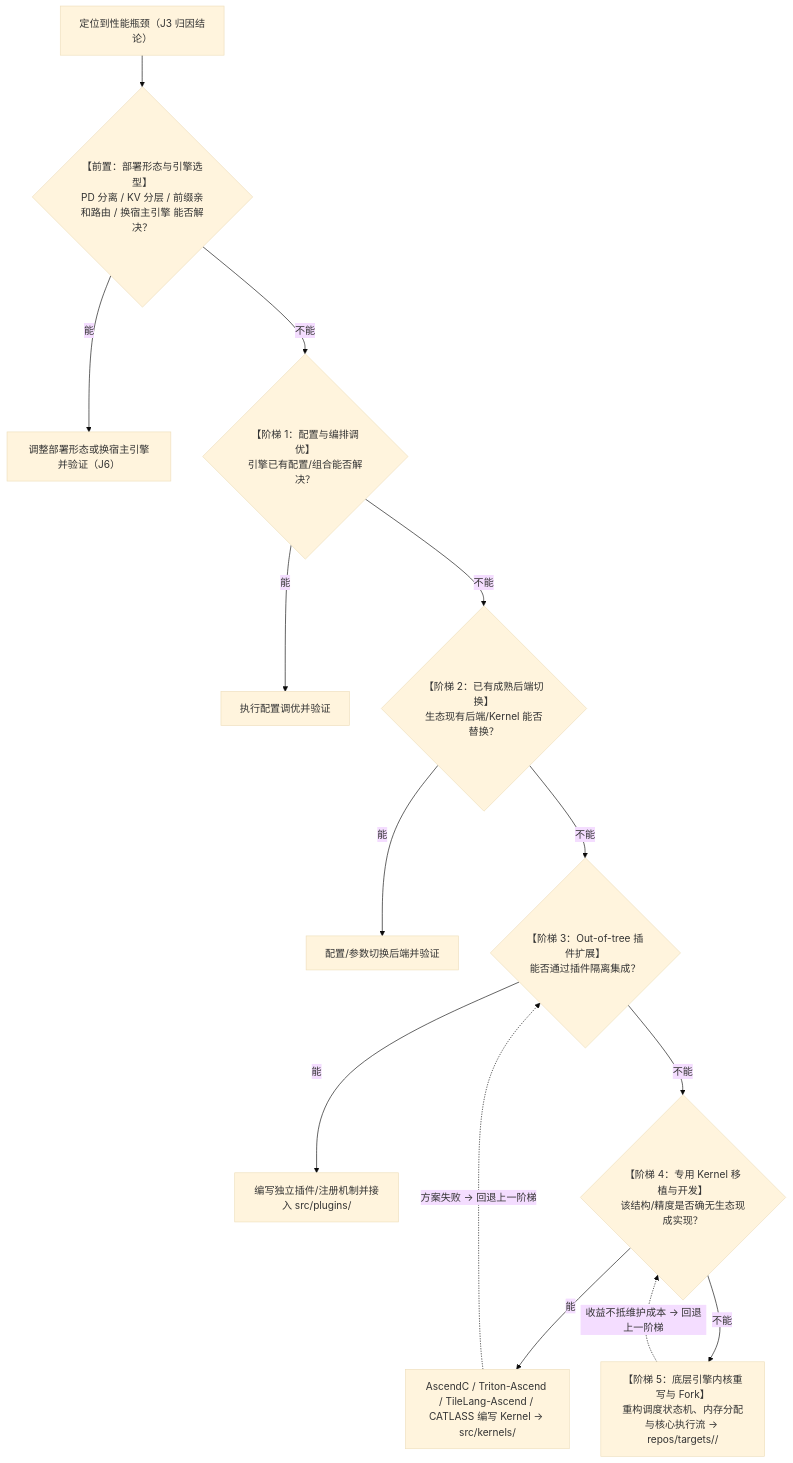
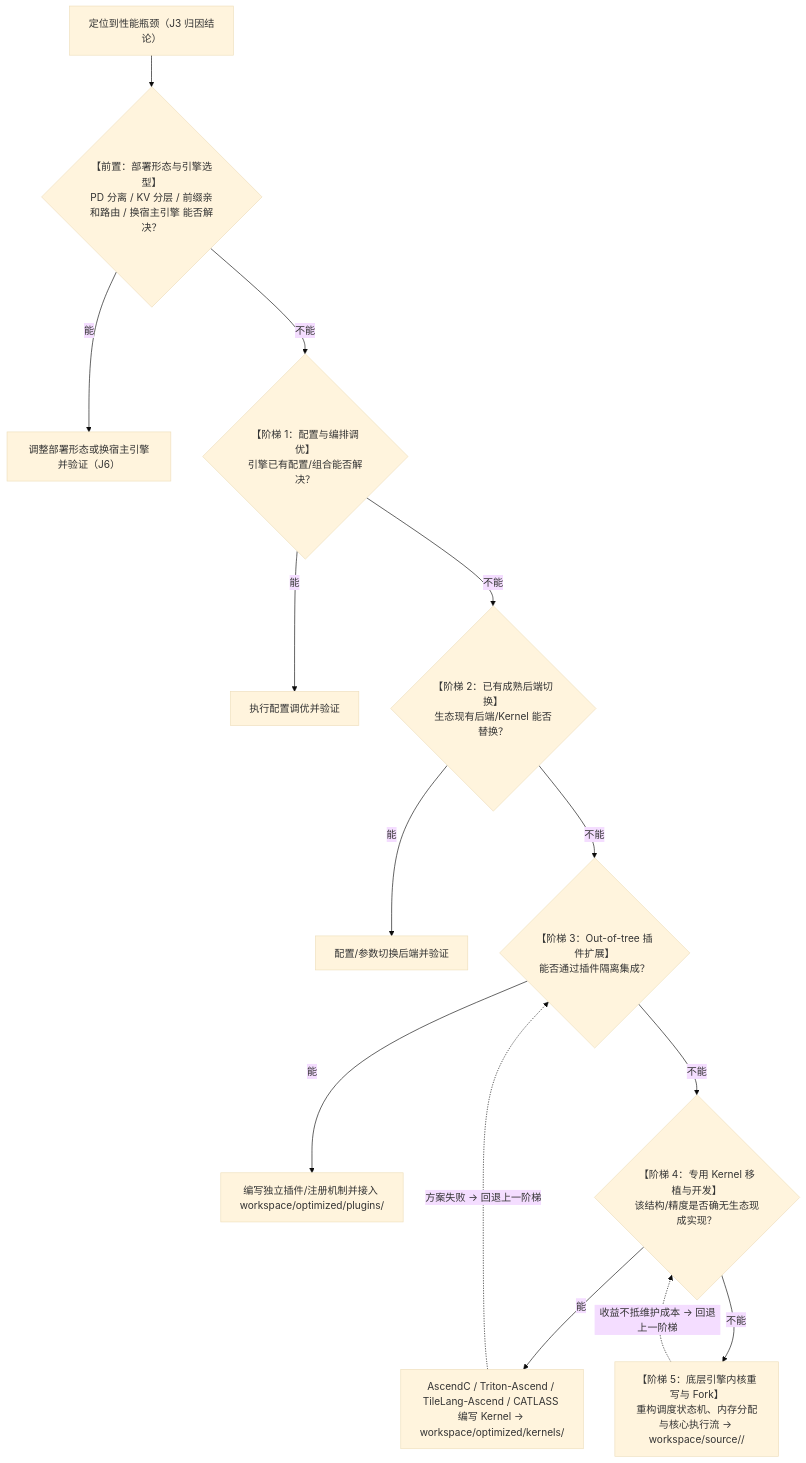
Before and after one commit to SummerTea/ascend-infer-pilot: the second of 2 diagrams in docs/01-pipeline-and-ledger.md, drawn with Mermaid (base theme). The commit also changed other lines of this file and 20 other files, not shown here.

````diff
--- a/docs/01-pipeline-and-ledger.md
+++ b/docs/01-pipeline-and-ledger.md
@@ -182,16 +182,16 @@
 ```mermaid
 flowchart TD
     Start["定位到性能瓶颈（J3 归因结论）"] --> Pre{"【前置：部署形态与引擎选型】<br/>PD 分离 / KV 分层 / 前缀亲和路由 / 换宿主引擎 能否解决？"}
     Pre --"能"--> Done0["调整部署形态或换宿主引擎并验证（J6）"]
     Pre --"不能"--> Step1{"【阶梯 1：配置与编排调优】<br/>引擎已有配置/组合能否解决？"}
     Step1 --"能"--> Done1["执行配置调优并验证"]
     Step1 --"不能"--> Step2{"【阶梯 2：已有成熟后端切换】<br/>生态现有后端/Kernel 能否替换？"}
     Step2 --"能"--> Done2["配置/参数切换后端并验证"]
     Step2 --"不能"--> Step3{"【阶梯 3：Out-of-tree 插件扩展】<br/>能否通过插件隔离集成？"}
-    Step3 --"能"--> Done3["编写独立插件/注册机制并接入 src/plugins/"]
+    Step3 --"能"--> Done3["编写独立插件/注册机制并接入 workspace/optimized/plugins/"]
     Step3 --"不能"--> Step4{"【阶梯 4：专用 Kernel 移植与开发】<br/>该结构/精度是否确无生态现成实现？"}
-    Step4 --"能"--> Done4["AscendC / Triton-Ascend / TileLang-Ascend / CATLASS 编写 Kernel → src/kernels/"]
-    Step4 --"不能"--> Step5["【阶梯 5：底层引擎内核重写与 Fork】<br/>重构调度状态机、内存分配与核心执行流 → repos/targets/<engine>/"]
+    Step4 --"能"--> Done4["AscendC / Triton-Ascend / TileLang-Ascend / CATLASS 编写 Kernel → workspace/optimized/kernels/"]
+    Step4 --"不能"--> Step5["【阶梯 5：底层引擎内核重写与 Fork】<br/>重构调度状态机、内存分配与核心执行流 → workspace/source/<engine>/"]
     Done4 -. "方案失败 → 回退上一阶梯" .-> Step3
     Step5 -. "收益不抵维护成本 → 回退上一阶梯" .-> Step4
 ```
````
